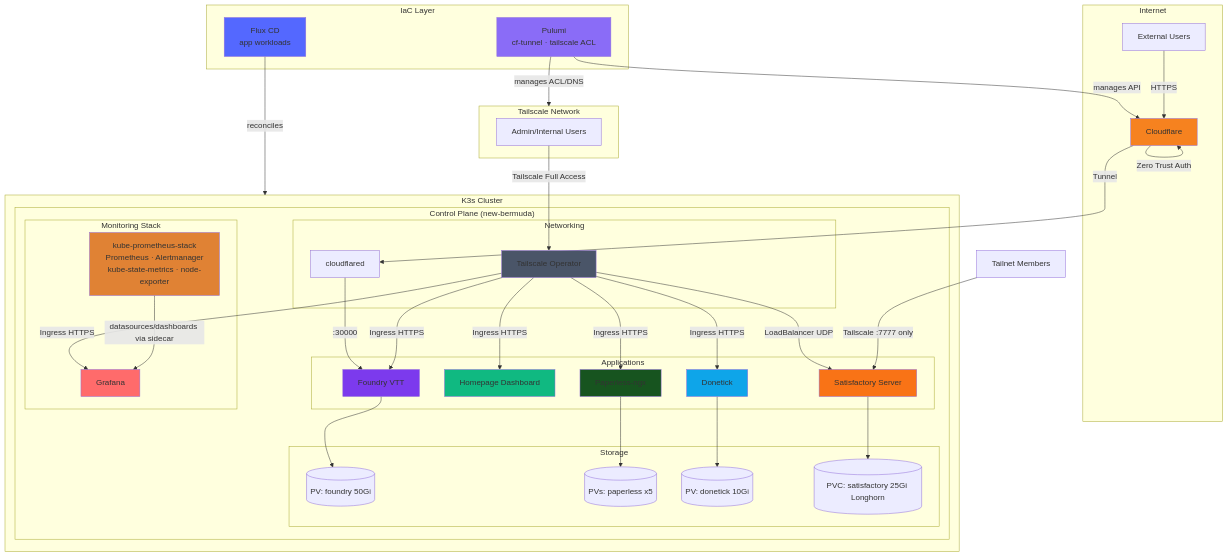
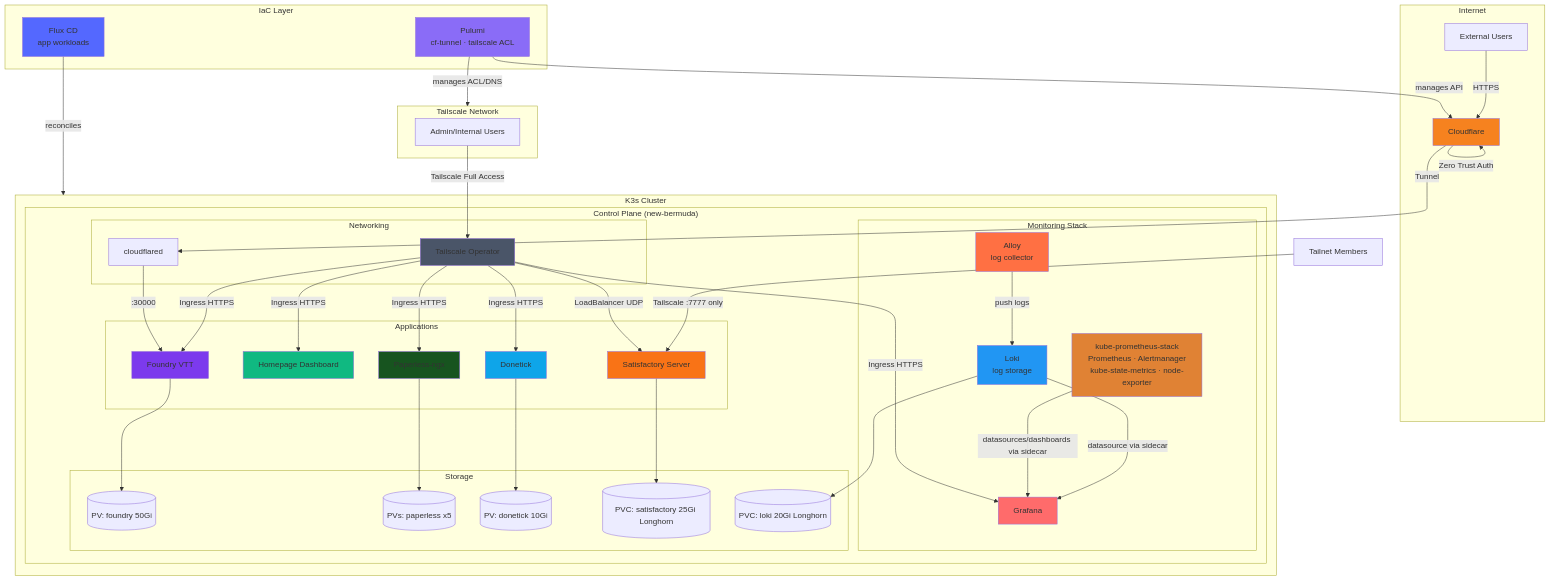
One commit to weakphish/home-operations changed the diagram in README.md. Above: the diagram before and after it, drawn with Mermaid.

Commit message:
docs: update architecture diagram with Alloy and Loki

````diff
--- a/README.md
+++ b/README.md
@@ -45,6 +45,8 @@
 
             subgraph Monitoring[Monitoring Stack]
                 KPS[kube-prometheus-stack\nPrometheus · Alertmanager\nkube-state-metrics · node-exporter]
+                Alloy[Alloy\nlog collector]
+                Loki[Loki\nlog storage]
                 Grafana[Grafana]
             end
 
@@ -53,6 +55,7 @@
                 PaperlessPVs[(PVs: paperless x5)]
                 DonetickPV[(PV: donetick 10Gi)]
                 SatisfactoryPV[(PVC: satisfactory 25Gi Longhorn)]
+                LokiPV[(PVC: loki 20Gi Longhorn)]
             end
         end
     end
@@ -73,6 +76,8 @@
     TSOperator -->|Ingress HTTPS| Donetick
     TSOperator -->|Ingress HTTPS| Grafana
     KPS -->|datasources/dashboards via sidecar| Grafana
+    Alloy -->|push logs| Loki
+    Loki -->|datasource via sidecar| Grafana
     TSOperator -->|LoadBalancer UDP| Satisfactory
 
     Members[Tailnet Members] -->|Tailscale :7777 only| Satisfactory
@@ -81,6 +86,7 @@
     Paperless --> PaperlessPVs
     Donetick --> DonetickPV
     Satisfactory --> SatisfactoryPV
+    Loki --> LokiPV
 
     style CF fill:#f6821f
     style TSOperator fill:#4a5568
@@ -91,6 +97,8 @@
     style Satisfactory fill:#f97316
     style Grafana fill:#ff6b6b
     style KPS fill:#e08234
+    style Alloy fill:#ff7043
+    style Loki fill:#2196f3
     style Paperless fill:#17541f
     style Donetick fill:#0ea5e9
 ```
````
